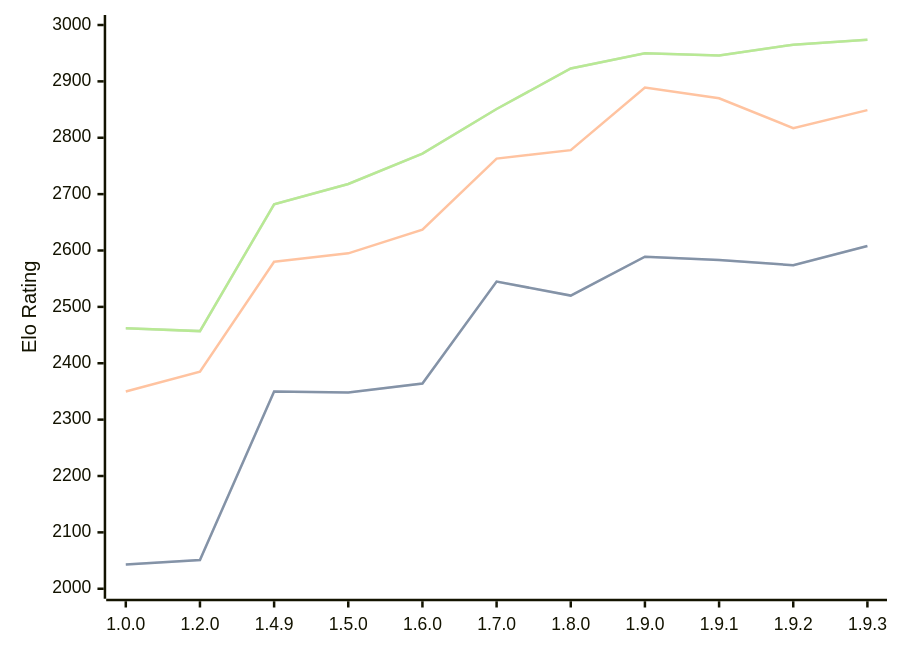
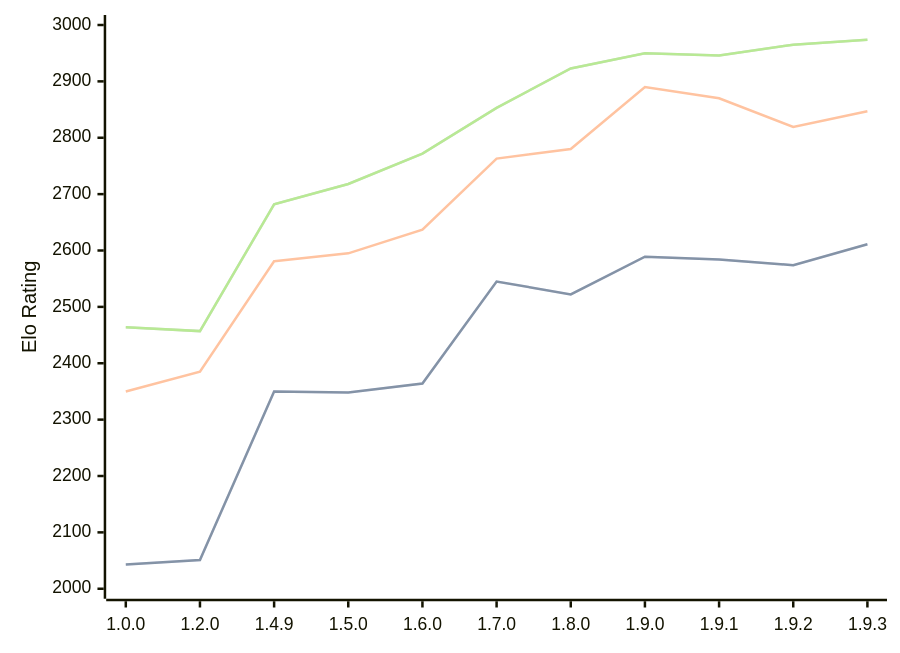
One commit to computer-chess-index/cci changed the diagram in engines/Basilisk.md. Above: the diagram before and after it, drawn with Mermaid. The commit also changed other lines of this file, not shown here.

Commit message:
Update CCI Ratings (ELO VLTC) - 2026-09-06

````diff
--- a/engines/Basilisk.md
+++ b/engines/Basilisk.md
@@ -54,11 +54,11 @@
 ```mermaid
 %%{init: {"theme":"base","themeVariables":{"seriesColors:['#a3a3a3','#222221','#faa371']}}}%%
 xychart-beta
   x-axis ["1.0.0", "1.2.0", "1.4.9", "1.5.0", "1.6.0", "1.7.0", "1.8.0", "1.9.0", "1.9.1", "1.9.2", "1.9.3"]
   y-axis "Elo Rating" 2000 --> 3000
-  line "" [2043, 2051, 2350, 2348, 2364, 2545, 2520, 2589, 2583, 2574, 2608]
-  line "STC (8.0+0.08s)" [2043, 2051, 2350, 2348, 2364, 2545, 2520, 2589, 2583, 2574, 2608]
-  line "LTC (60.0+0.60s)" [2350, 2385, 2580, 2595, 2637, 2763, 2778, 2889, 2870, 2817, 2849]
-  line "" [2462, 2457, 2682, 2718, 2772, 2851, 2923, 2950, 2946, 2965, 2974]
-  line "VLTC (2m24s+1.12s)" [2462, 2457, 2682, 2718, 2772, 2851, 2923, 2950, 2946, 2965, 2974]
+  line "" [2043, 2051, 2350, 2348, 2364, 2545, 2522, 2589, 2584, 2574, 2611]
+  line "STC (8.0+0.08s)" [2043, 2051, 2350, 2348, 2364, 2545, 2522, 2589, 2584, 2574, 2611]
+  line "LTC (60.0+0.60s)" [2350, 2385, 2581, 2595, 2637, 2763, 2780, 2890, 2870, 2819, 2847]
+  line "" [2464, 2457, 2682, 2718, 2772, 2853, 2923, 2950, 2946, 2965, 2974]
+  line "VLTC (2m24s+1.12s)" [2464, 2457, 2682, 2718, 2772, 2853, 2923, 2950, 2946, 2965, 2974]
 ```
````
